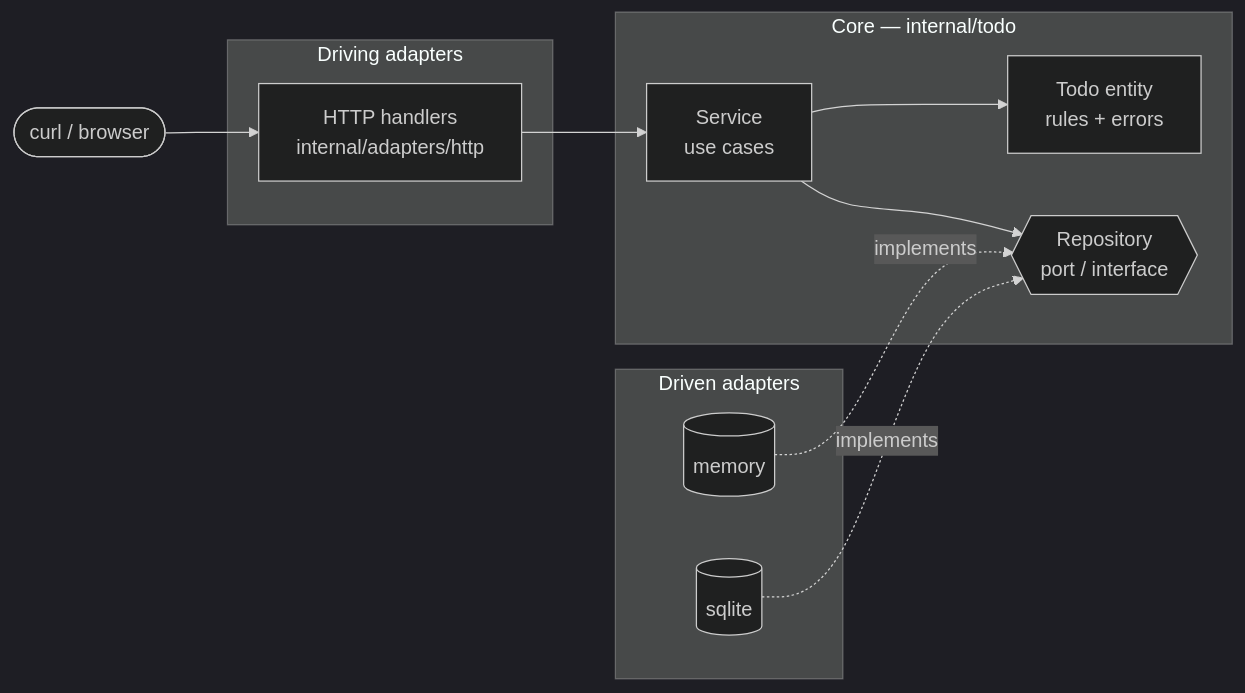
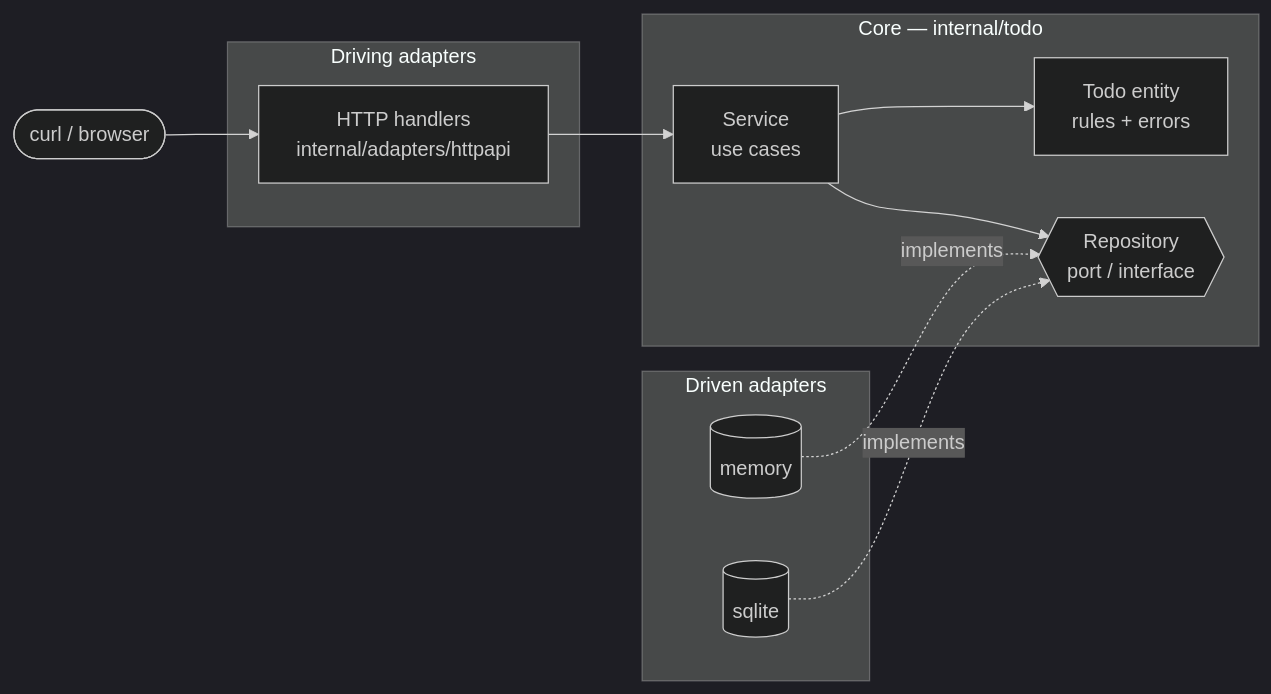
The diagram in docs/guide/00-overview.md (t1agob/go-tutorial), drawn with Mermaid (dark theme) before and after one commit. The commit also changed other lines of this file and 1 other file, not shown here.

Commit message:
docs: add stage 4 guide (HTTP adapter)

````diff
--- a/docs/guide/00-overview.md
+++ b/docs/guide/00-overview.md
@@ -23,25 +23,25 @@
 ```mermaid
 flowchart LR
     client([curl / browser]) --> httpA
 
     subgraph adapters_in [Driving adapters]
-        httpA[HTTP handlers<br/>internal/adapters/http]
+        httpA[HTTP handlers<br/>internal/adapters/httpapi]
     end
 
     subgraph core [Core — internal/todo]
         svc[Service<br/>use cases]
         ent[Todo entity<br/>rules + errors]
         port{{Repository<br/>port / interface}}
         svc --> ent
         svc --> port
     end
 
     subgraph adapters_out [Driven adapters]
         mem[(memory)]
         sql[(sqlite)]
     end
 
     httpA --> svc
     mem -. implements .-> port
     sql -. implements .-> port
 ```
````
